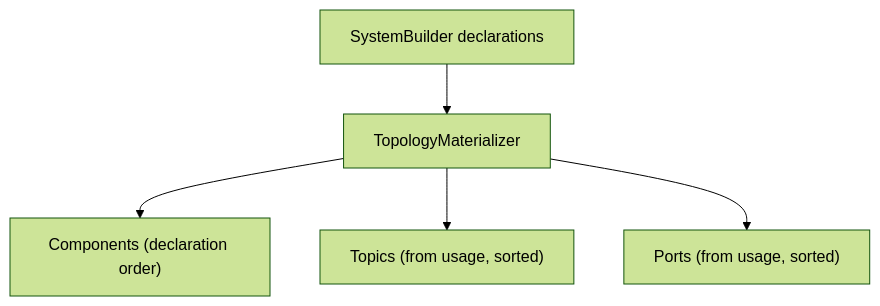
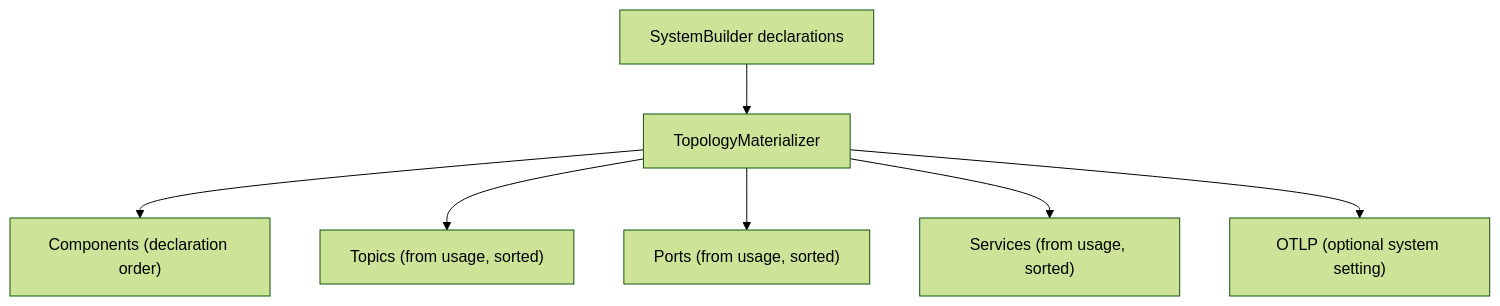
One commit to integrio-intropy/intropy-topology changed the diagram in docs/concepts/materialization.md. Above: the diagram before and after it, drawn with Mermaid (forest theme). The commit also changed other lines of this file and 71 other files, not shown here.

````diff
--- a/docs/concepts/materialization.md
+++ b/docs/concepts/materialization.md
@@ -7,7 +7,9 @@
 ```mermaid
 graph TD
     B["SystemBuilder declarations"] --> M["TopologyMaterializer"]
     M --> C["Components (declaration order)"]
     M --> T["Topics (from usage, sorted)"]
     M --> K["Ports (from usage, sorted)"]
+    M --> S["Services (from usage, sorted)"]
+    M --> O["OTLP (optional system setting)"]
 ```
````
